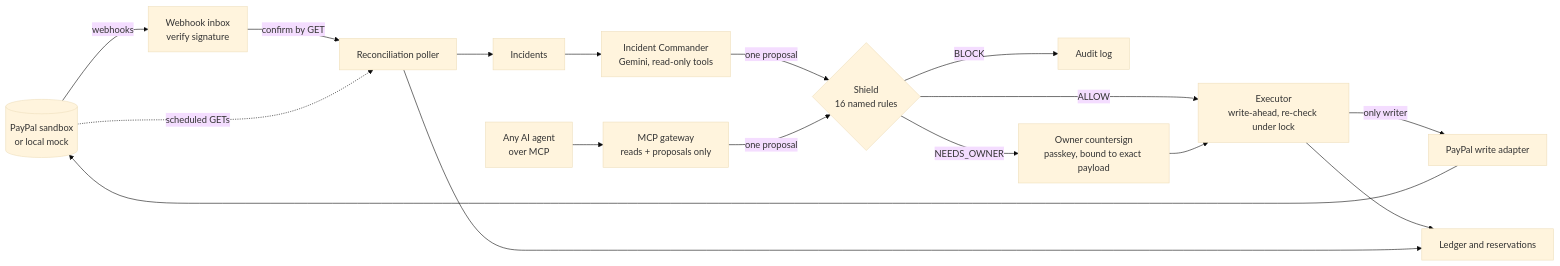
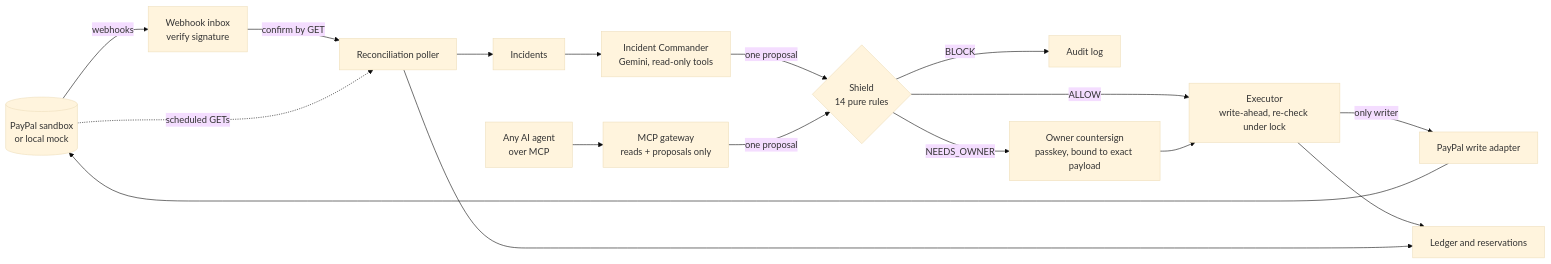
The diagram in README.md (Razeefshaik/CounterSign), drawn with Mermaid (base theme) before and after one commit. The commit also changed other lines of this file, not shown here.

````diff
--- a/README.md
+++ b/README.md
@@ -198,20 +341,20 @@
 ```mermaid
 flowchart LR
     PP[(PayPal sandbox<br/>or local mock)]
     PP -->|webhooks| IN[Webhook inbox<br/>verify signature]
     IN -->|confirm by GET| REC[Reconciliation poller]
     PP -.->|scheduled GETs| REC
     REC --> INC[Incidents]
     INC --> AG[Incident Commander<br/>Gemini, read-only tools]
     EXT[Any AI agent<br/>over MCP] --> GW[MCP gateway<br/>reads + proposals only]
-    AG -->|one proposal| SH{Shield<br/>16 named rules}
+    AG -->|one proposal| SH{Shield<br/>14 pure rules}
     GW -->|one proposal| SH
     SH -->|BLOCK| LOG[Audit log]
     SH -->|NEEDS_OWNER| OW[Owner countersign<br/>passkey, bound to exact payload]
     SH -->|ALLOW| EX[Executor<br/>write-ahead, re-check under lock]
     OW --> EX
     EX -->|only writer| AD[PayPal write adapter]
     AD --> PP
     EX --> LED[Ledger and reservations]
     REC --> LED
 ```
````
